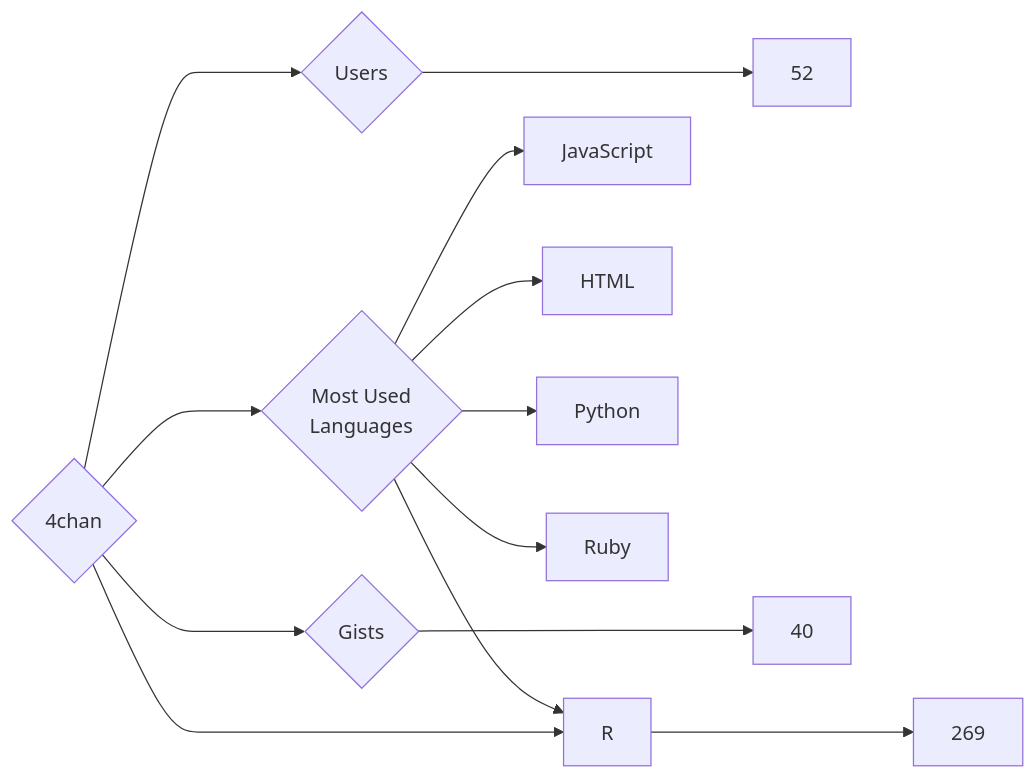
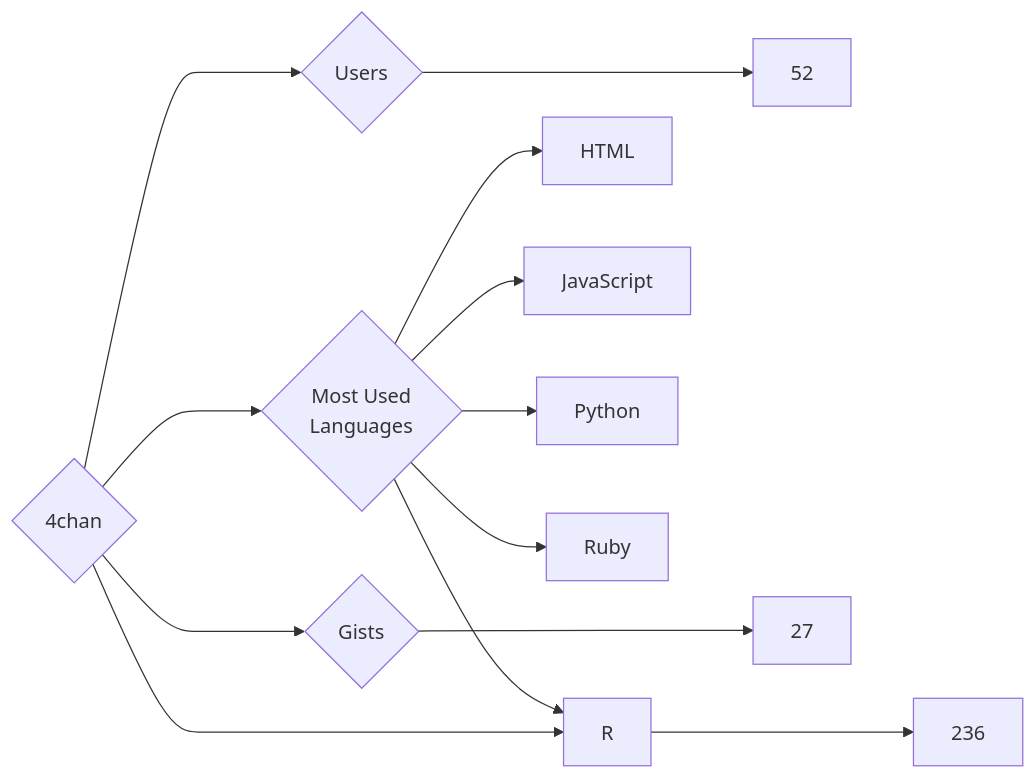
The diagram in targets/4chan/README.md (trickest/insiders), drawn with Mermaid before and after one commit. The commit also changed 998 other files, not shown here.

````diff
--- a/targets/4chan/README.md
+++ b/targets/4chan/README.md
@@ -3,13 +3,13 @@
 ```mermaid
 graph LR
 COMPANY_NAME{4chan}
 COMPANY_NAME ---> U{Users} ---> UN[52]
-COMPANY_NAME ---> R{Repositories} ---> RN[269]
-COMPANY_NAME ---> G{Gists} ---> GN[40]
+COMPANY_NAME ---> R{Repositories} ---> RN[236]
+COMPANY_NAME ---> G{Gists} ---> GN[27]
 COMPANY_NAME ---> ML{Most Used<br>Languages}
+ML --> HTML[HTML]
 ML --> JavaScript[JavaScript]
-ML --> HTML[HTML]
 ML --> Python[Python]
 ML --> Ruby[Ruby]
 ML --> R[R]
 ```
````
